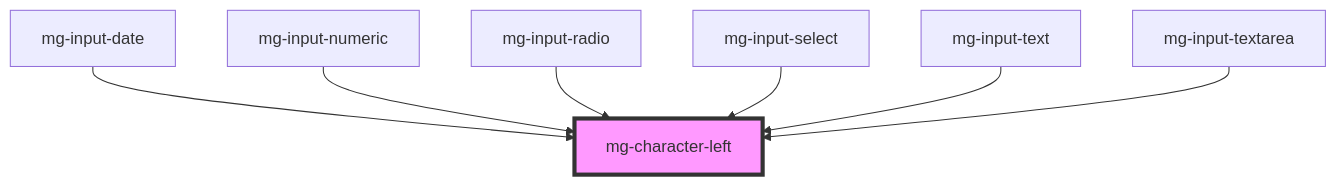
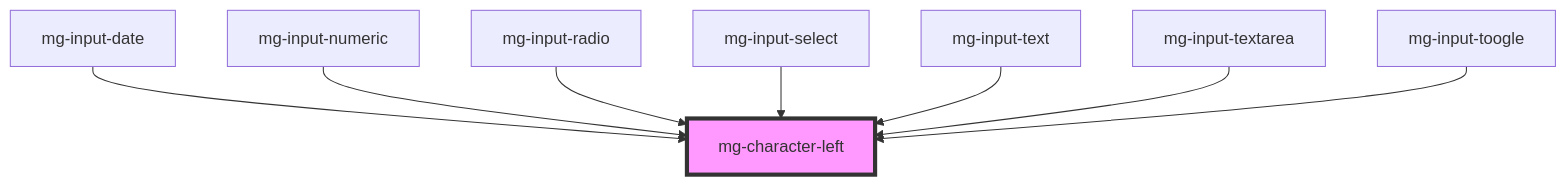
One commit to MGDIS/mg-components changed the diagram in src/components/atoms/mg-character-left/readme.md. Above: the diagram before and after it, drawn with Mermaid. The commit also changed other lines of this file and 14 other files, not shown here.

First line of the commit message:
feat(mgToogle): add mg-input-toogle component

````diff
--- a/src/components/atoms/mg-character-left/readme.md
+++ b/src/components/atoms/mg-character-left/readme.md
@@ -28,10 +29,11 @@
 ```mermaid
 graph TD;
   mg-input-date --> mg-character-left
   mg-input-numeric --> mg-character-left
   mg-input-radio --> mg-character-left
   mg-input-select --> mg-character-left
   mg-input-text --> mg-character-left
   mg-input-textarea --> mg-character-left
+  mg-input-toogle --> mg-character-left
   style mg-character-left fill:#f9f,stroke:#333,stroke-width:4px
 ```
````
